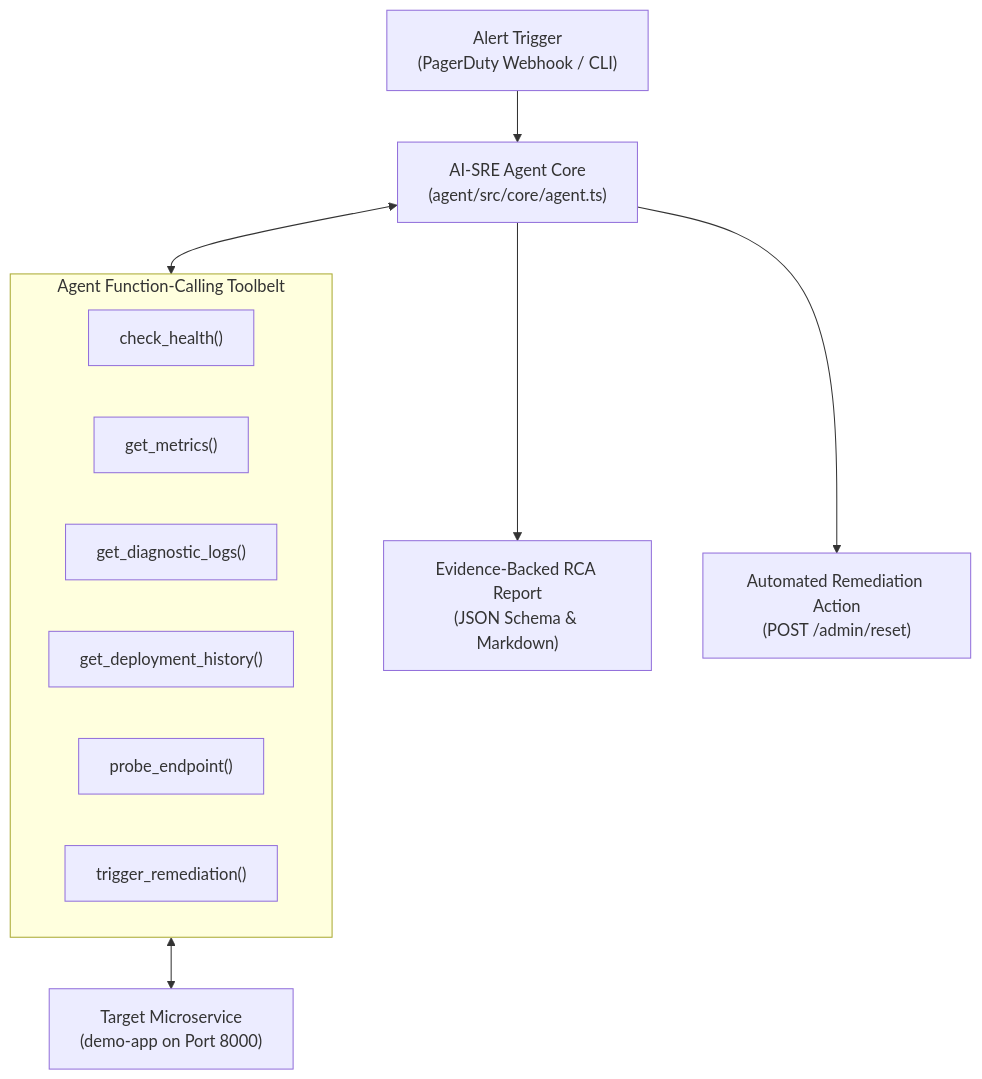
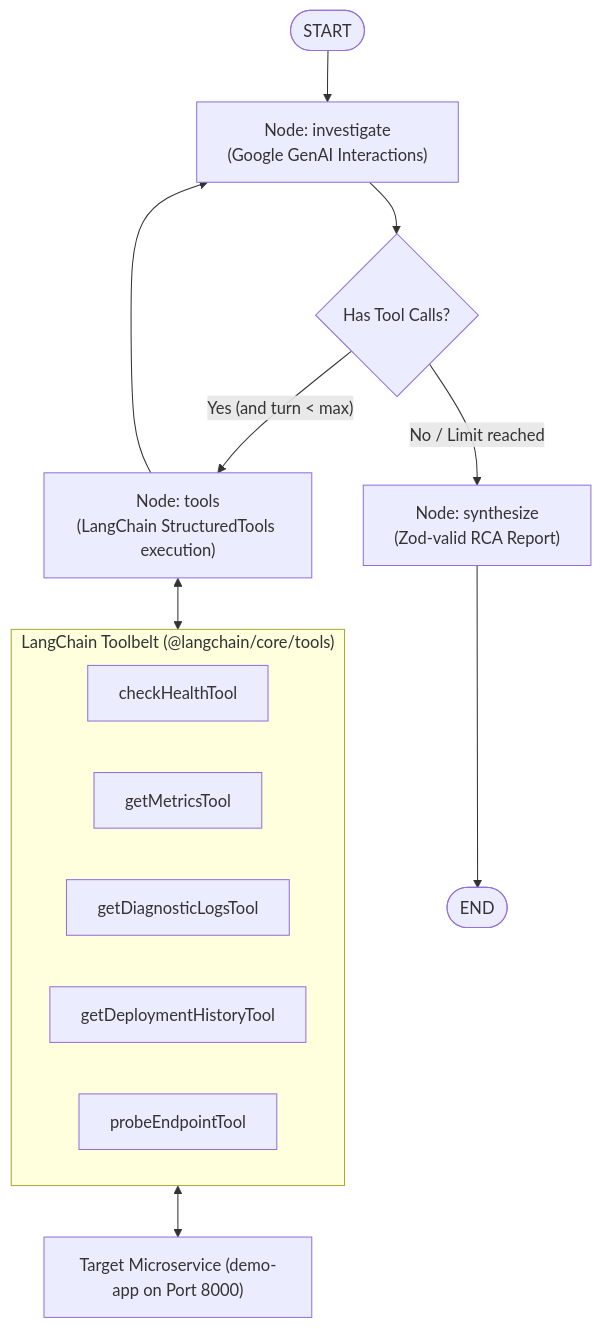
Before and after one commit to Yashxp1/AI-SRE: the diagram in agent/README.md, drawn with Mermaid. The commit also changed other lines of this file, not shown here.

Commit message:
docs(agent): update README with LangGraph StateGraph architecture and API reference

````diff
--- a/agent/README.md
+++ b/agent/README.md
@@ -22,19 +24,22 @@
 ```mermaid
 flowchart TD
-    Alert["Alert Trigger\n(PagerDuty Webhook / CLI)"] --> Agent["AI-SRE Agent Core\n(agent/src/core/agent.ts)"]
+    START([START]) --> Investigate["Node: investigate\n(Google GenAI Interactions)"]
 
-    subgraph SRE_Tools ["Agent Function-Calling Toolbelt"]
-        T1["check_health()"]
-        T2["get_metrics()"]
-        T3["get_diagnostic_logs()"]
-        T4["get_deployment_history()"]
-        T5["probe_endpoint()"]
-        T6["trigger_remediation()"]
+    Investigate --> Condition{"Has Tool Calls?"}
+    Condition -- "Yes (and turn < max)" --> Tools["Node: tools\n(LangChain StructuredTools execution)"]
+    Tools --> Investigate
+
+    Condition -- "No / Limit reached" --> Synthesize["Node: synthesize\n(Zod-valid RCA Report)"]
+    Synthesize --> END([END])
+
+    subgraph LangChain_Tools ["LangChain Toolbelt (@langchain/core/tools)"]
+        T1["checkHealthTool"]
+        T2["getMetricsTool"]
+        T3["getDiagnosticLogsTool"]
+        T4["getDeploymentHistoryTool"]
+        T5["probeEndpointTool"]
     end
 
-    Agent <--> SRE_Tools
-    SRE_Tools <--> Microservice["Target Microservice\n(demo-app on Port 8000)"]
-
-    Agent --> Report["Evidence-Backed RCA Report\n(JSON Schema & Markdown)"]
-    Agent --> Remediate["Automated Remediation Action\n(POST /admin/reset)"]
+    Tools <--> LangChain_Tools
+    LangChain_Tools <--> Microservice["Target Microservice (demo-app on Port 8000)"]
 ```
````
